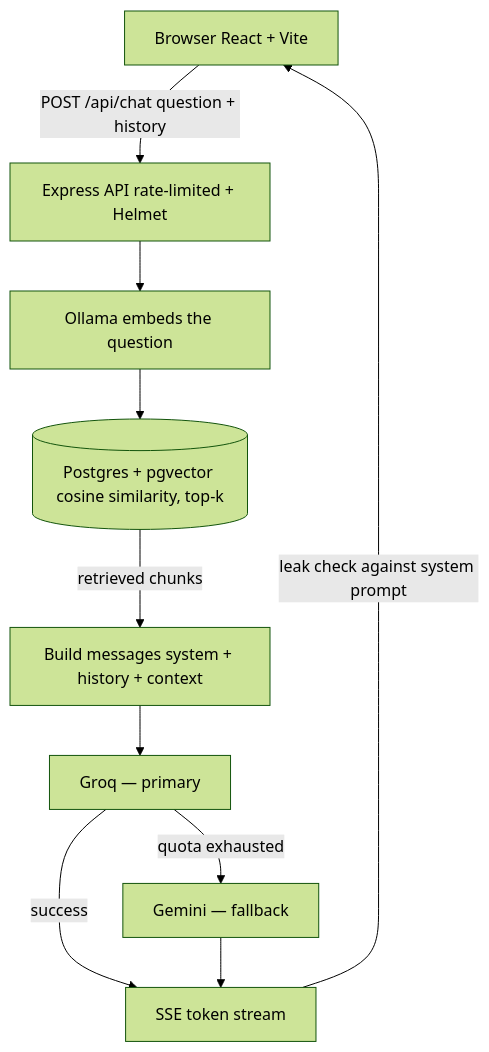
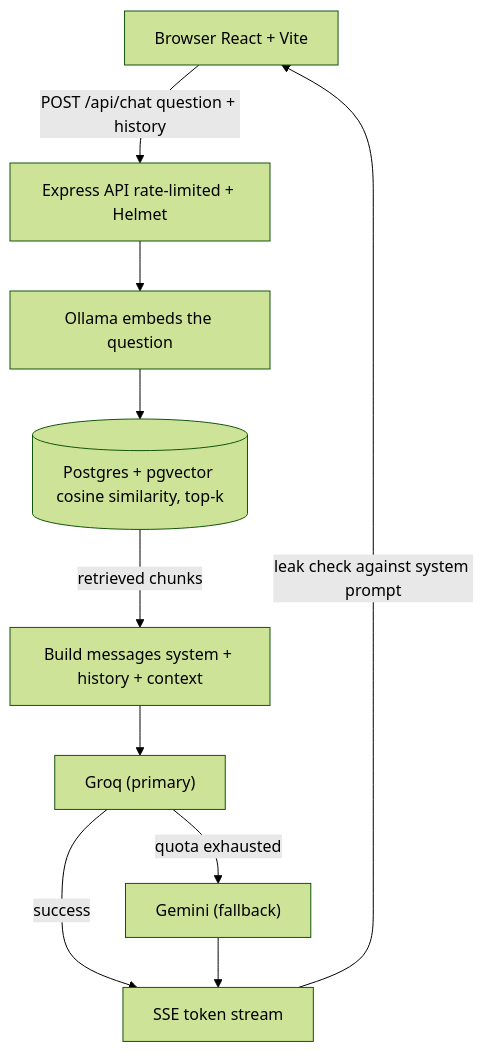
Before and after one commit to c-panagopoulos/Personal-Website: the diagram in README.md, drawn with Mermaid (forest theme). The commit also changed other lines of this file and 9 other files, not shown here.

````diff
--- a/README.md
+++ b/README.md
@@ -41,12 +40,12 @@
 ```mermaid
 flowchart TD
     Browser["Browser React + Vite"] -->|"POST /api/chat question + history"| API["Express API rate-limited + Helmet"]
     API --> Embed["Ollama embeds the question"]
     Embed --> Retrieve[("Postgres + pgvector cosine similarity, top-k")]
     Retrieve -->|retrieved chunks| Build["Build messages system + history + context"]
-    Build --> Groq["Groq — primary"]
-    Groq -->|quota exhausted| Gemini["Gemini — fallback"]
+    Build --> Groq["Groq (primary)"]
+    Groq -->|quota exhausted| Gemini["Gemini (fallback)"]
     Groq -->|success| Stream["SSE token stream"]
     Gemini --> Stream
     Stream -->|"leak check against system prompt"| Browser
 ```
````
